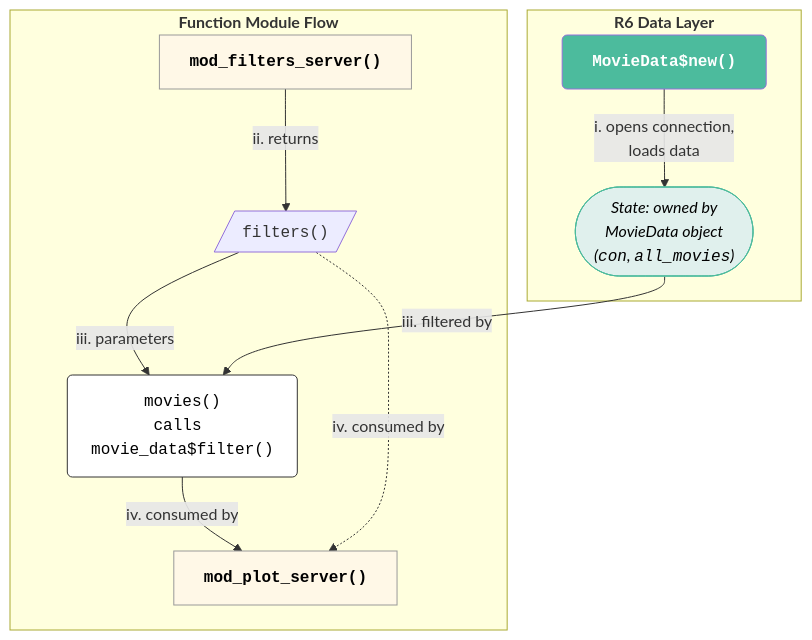
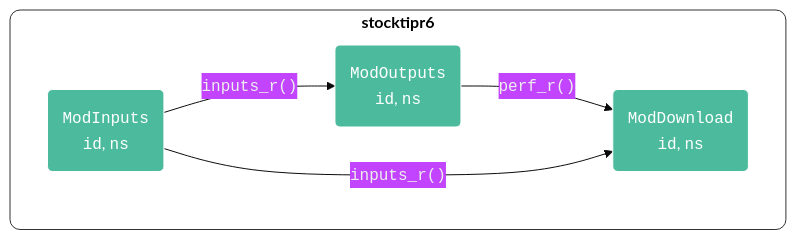
One commit to mjfrigaard/mjfrigaard.github.io changed the ninth of 14 diagrams in posts/shiny-r6/index.qmd. Above: the diagram before and after it, drawn with Mermaid. The commit also changed other lines of this file and 17 other files, not shown here.

````diff
--- a/posts/shiny-r6/index.qmd
+++ b/posts/shiny-r6/index.qmd
@@ -600,34 +494,23 @@
 ```{mermaid}
 %%| eval: true
+%%| echo: false
 %%| fig-align: 'center'
-%%| fig-caption: 'State Flow: R6 Business Logic (movexplR6)'
-%%| echo: false
-%%{init: {'theme': 'base', 'themeVariables': { 'fontFamily': 'monospace', "darkMode":true}}}}%%
+%%| fig-cap: 'Where state lives in stocktipr6'
+%%{init: {'theme': 'base', 'themeVariables': { 'fontFamily': 'monospace', "darkMode":true}}}%%
 
 flowchart TD
-    subgraph R6Data["<strong>R6 Data Layer</strong>"]
-        MD["<strong>MovieData$new()</strong>"]
-        DOwn(["<em>State: owned by<br/>MovieData object<br/>(<code>con</code>, <code>all_movies</code>)</em>"])
+    subgraph S["<strong>stocktipr6</strong>"]
+        SI("<code>ModInputs</code><br/><code>id</code>, <code>ns</code>")
+        SO("<code>ModOutputs</code><br/><code>id</code>, <code>ns</code>")
+        SD("<code>ModDownload</code><br/><code>id</code>, <code>ns</code>")
+        SI -->|"<code>inputs_r()</code>"| SO
+        SO -->|"<code>perf_r()</code>"| SD
+        SI -->|"<code>inputs_r()</code>"| SD
     end
 
-    subgraph FnFlow["<strong>Function Module Flow</strong>"]
-        MF["<strong>mod_filters_server()</strong>"]
-        FReact[/"<code>filters()</code>"/]
-        Movies("<code>movies()</code><br/>calls <code>movie_data$filter()</code>")
-        MP["<strong>mod_plot_server()</strong>"]
-    end
-
-    MD -->|"i. opens connection,<br/>loads data"| DOwn
-    MF -->|"ii. returns"| FReact
-    FReact -->|"iii. parameters"| Movies
-    DOwn -->|"iii. filtered by"| Movies
-    Movies -->|"iv. consumed by"| MP
-    FReact -.->|"iv. consumed by"| MP
-
-    style MD fill:#4CBB9D,color:#FFFFFF,rx:5,ry:5,font-family:monospace
-    style MF fill:#FFF8E7,color:#000000,stroke:#999,font-family:monospace
-    style MP fill:#FFF8E7,color:#000000,stroke:#999,font-family:monospace
-    style Movies fill:#FFFFFF,color:#000000,stroke:#333,font-family:monospace
-    style DOwn fill:#E0F0ED,color:#000000,stroke:#4CBB9D
+    style SI fill:#4CBB9D,color:#FFFFFF,rx:5,ry:5
+    style SO fill:#4CBB9D,color:#FFFFFF,rx:5,ry:5
+    style SD fill:#4CBB9D,color:#FFFFFF,rx:5,ry:5
+    style S fill:#FFFFFF,color:#000000,stroke:#333,rx:10,ry:10
 
 ```
````
